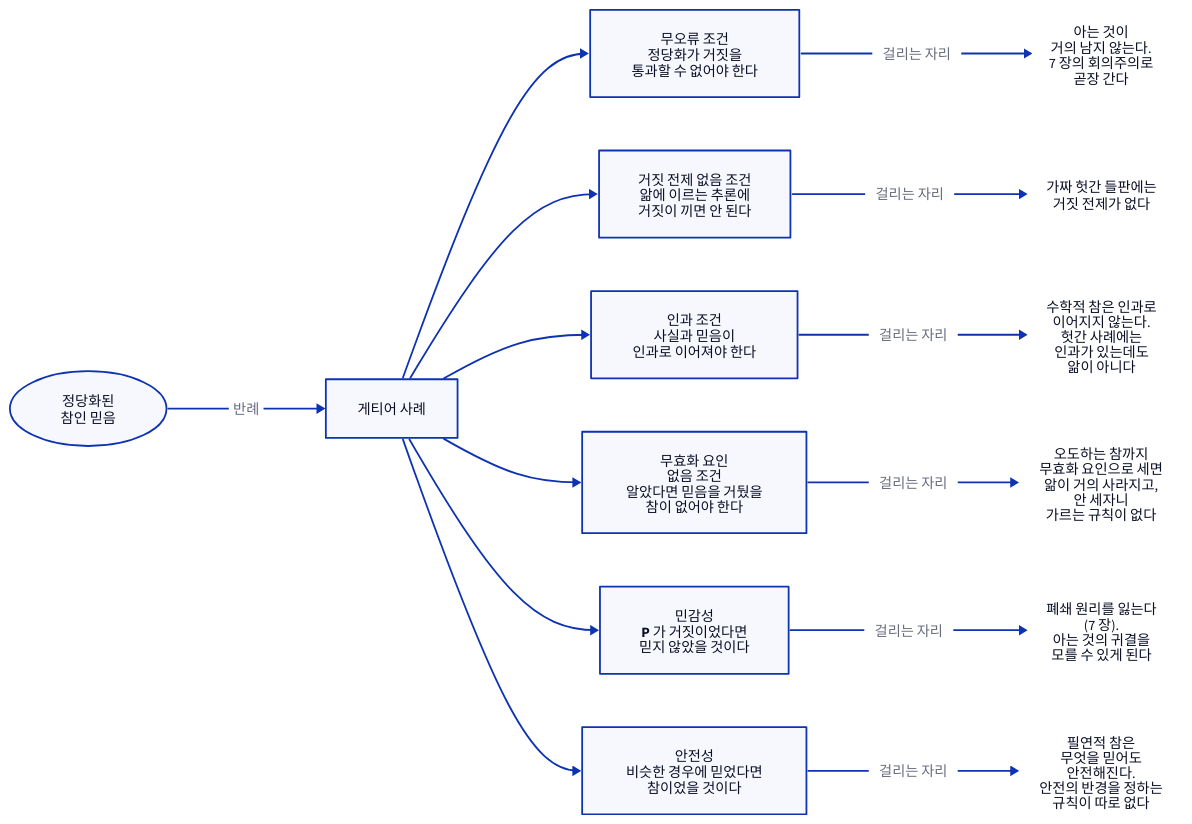
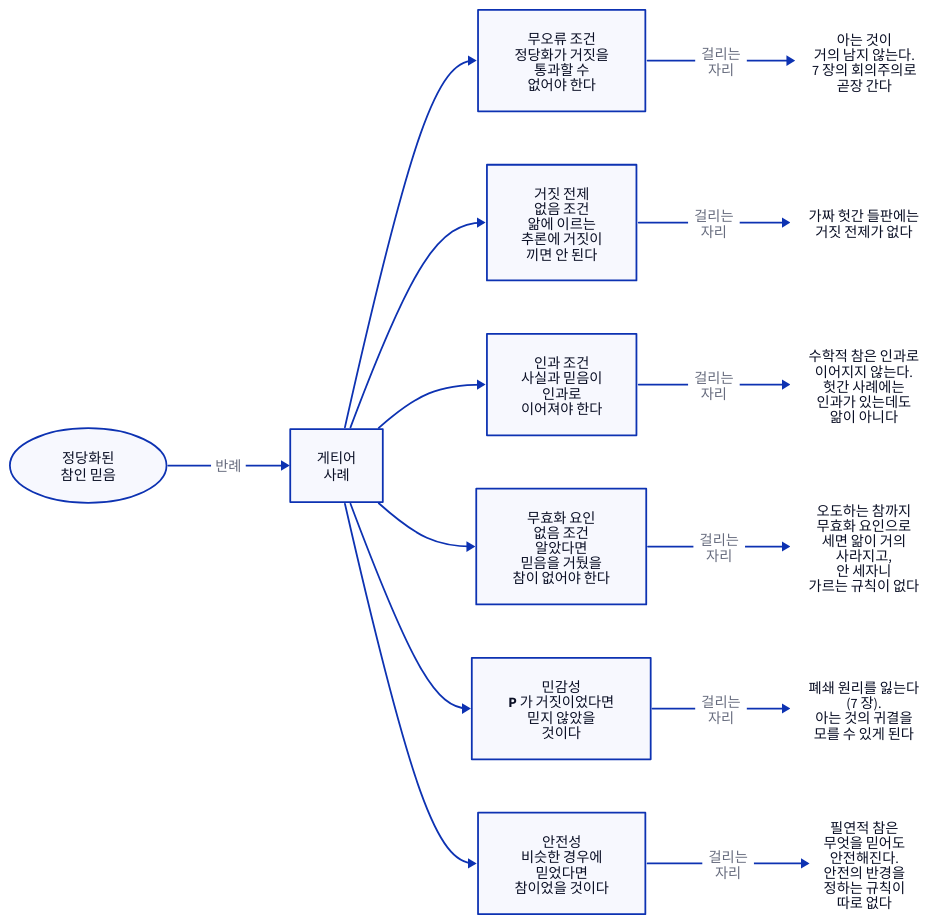
The diagram in d2/philosophy/phi-k-fixes.d2 (Dong-gi/Dong-gi.github.io), drawn with D2 before and after one commit. The commit also changed 315 other files, not shown here.

```diff
--- a/d2/philosophy/phi-k-fixes.d2
+++ b/d2/philosophy/phi-k-fixes.d2
@@ -1,38 +1,40 @@
 # JTB 를 고쳐 보려는 시도들과 각각이 걸리는 자리 — 철학 5장.
 #
 # 무엇을 읽어야 하나: 오른쪽 칸이 비어 있는 줄이 하나도 없다.
 # ‘게티어가 JTB 를 무너뜨린다’ 는 정설이지만 ‘무엇으로 고칠 것인가’ 가 미결인 것은
 # 수정안마다 이렇게 걸리는 자리가 남아 있기 때문이다.
+#
+# 폭 — 화살표 글 ‘걸리는 자리’ 를 두 줄로, 상자 글을 좁게 접었다. 배치(오른쪽 끝 칸이 걸리는 자리)는 그대로다.
 direction: right
 
 JTB: { label: "정당화된\n참인 믿음"; shape: oval; style.bold: true }
-게티어: { label: "게티어 사례"; style.bold: true }
+게티어: { label: "게티어\n사례"; style.bold: true }
 JTB -> 게티어: "반례"
 
-무오류: { label: "무오류 조건\n정당화가 거짓을\n통과할 수 없어야 한다" }
-거짓전제: { label: "거짓 전제 없음 조건\n앎에 이르는 추론에\n거짓이 끼면 안 된다" }
-인과: { label: "인과 조건\n사실과 믿음이\n인과로 이어져야 한다" }
-무효화: { label: "무효화 요인\n없음 조건\n알았다면 믿음을 거뒀을\n참이 없어야 한다" }
-민감성: { label: "민감성\nP 가 거짓이었다면\n믿지 않았을 것이다" }
-안전성: { label: "안전성\n비슷한 경우에 믿었다면\n참이었을 것이다" }
+무오류: { label: "무오류 조건\n정당화가 거짓을\n통과할 수\n없어야 한다" }
+거짓전제: { label: "거짓 전제\n없음 조건\n앎에 이르는\n추론에 거짓이\n끼면 안 된다" }
+인과: { label: "인과 조건\n사실과 믿음이\n인과로\n이어져야 한다" }
+무효화: { label: "무효화 요인\n없음 조건\n알았다면\n믿음을 거뒀을\n참이 없어야 한다" }
+민감성: { label: "민감성\nP 가 거짓이었다면\n믿지 않았을\n것이다" }
+안전성: { label: "안전성\n비슷한 경우에\n믿었다면\n참이었을 것이다" }
 
 게티어 -> 무오류
 게티어 -> 거짓전제
 게티어 -> 인과
 게티어 -> 무효화
 게티어 -> 민감성
 게티어 -> 안전성
 
 값1: { label: "아는 것이\n거의 남지 않는다.\n7 장의 회의주의로\n곧장 간다"; shape: text }
 값2: { label: "가짜 헛간 들판에는\n거짓 전제가 없다"; shape: text }
 값3: { label: "수학적 참은 인과로\n이어지지 않는다.\n헛간 사례에는\n인과가 있는데도\n앎이 아니다"; shape: text }
-값4: { label: "오도하는 참까지\n무효화 요인으로 세면\n앎이 거의 사라지고,\n안 세자니\n가르는 규칙이 없다"; shape: text }
+값4: { label: "오도하는 참까지\n무효화 요인으로\n세면 앎이 거의\n사라지고,\n안 세자니\n가르는 규칙이 없다"; shape: text }
 값5: { label: "폐쇄 원리를 잃는다\n(7 장).\n아는 것의 귀결을\n모를 수 있게 된다"; shape: text }
-값6: { label: "필연적 참은\n무엇을 믿어도\n안전해진다.\n안전의 반경을 정하는\n규칙이 따로 없다"; shape: text }
+값6: { label: "필연적 참은\n무엇을 믿어도\n안전해진다.\n안전의 반경을\n정하는 규칙이\n따로 없다"; shape: text }
 
-무오류 -> 값1: "걸리는 자리"
-거짓전제 -> 값2: "걸리는 자리"
-인과 -> 값3: "걸리는 자리"
-무효화 -> 값4: "걸리는 자리"
-민감성 -> 값5: "걸리는 자리"
-안전성 -> 값6: "걸리는 자리"
+무오류 -> 값1: "걸리는\n자리"
+거짓전제 -> 값2: "걸리는\n자리"
+인과 -> 값3: "걸리는\n자리"
+무효화 -> 값4: "걸리는\n자리"
+민감성 -> 값5: "걸리는\n자리"
+안전성 -> 값6: "걸리는\n자리"
```
